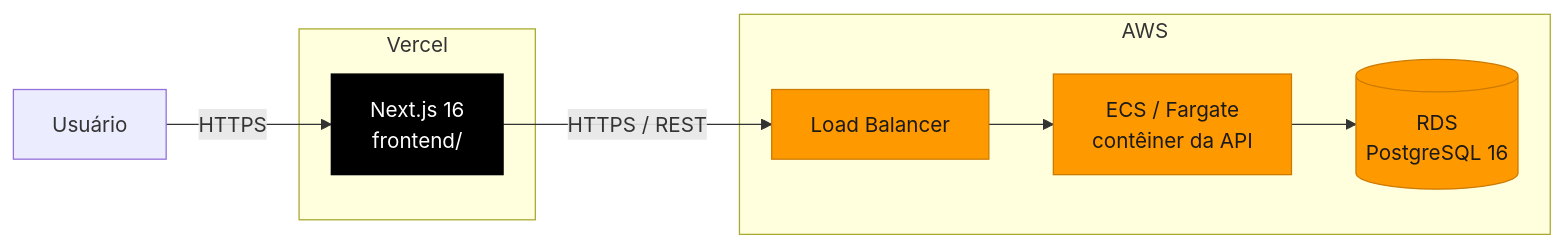
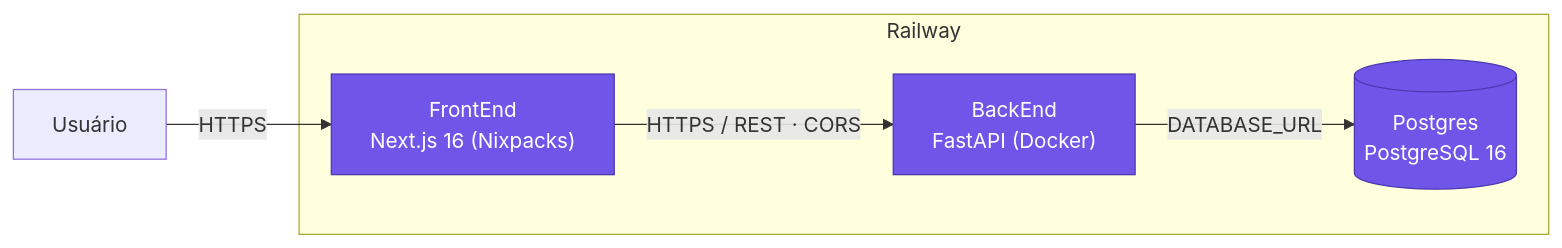
One commit to jgabrielflores/marcenaria-api changed the seventh of 7 diagrams in docs/arquitetura.md. Above: the diagram before and after it, drawn with Mermaid. The commit also changed other lines of this file and 7 other files, not shown here.

First line of the commit message:
docs: align documentation with Railway/Brevo/Git-Flow reality

````diff
--- a/docs/arquitetura.md
+++ b/docs/arquitetura.md
@@ -273,24 +273,17 @@
 ```mermaid
 flowchart LR
     User["Usuário"]
 
-    subgraph vercel["Vercel"]
-        Next["Next.js 16<br/>frontend/"]
+    subgraph railway["Railway"]
+        Front["FrontEnd<br/>Next.js 16 (Nixpacks)"]
+        Back["BackEnd<br/>FastAPI (Docker)"]
+        PG[("Postgres<br/>PostgreSQL 16")]
     end
 
-    subgraph aws["AWS"]
-        ALB["Load Balancer"]
-        ECS["ECS / Fargate<br/>contêiner da API"]
-        RDS[("RDS<br/>PostgreSQL 16")]
-    end
+    User -->|HTTPS| Front
+    Front -->|HTTPS / REST · CORS| Back
+    Back -->|DATABASE_URL| PG
 
-    User -->|HTTPS| Next
-    Next -->|HTTPS / REST| ALB
-    ALB --> ECS
-    ECS --> RDS
-
-    classDef v fill:#000,stroke:#000,color:#fff
-    classDef a fill:#FF9900,stroke:#cc7a00,color:#1a1a1a
-    class Next v
-    class ALB,ECS,RDS a
+    classDef r fill:#6f56e9,stroke:#4b39b0,color:#fff
+    class Front,Back,PG r
 ```
````
